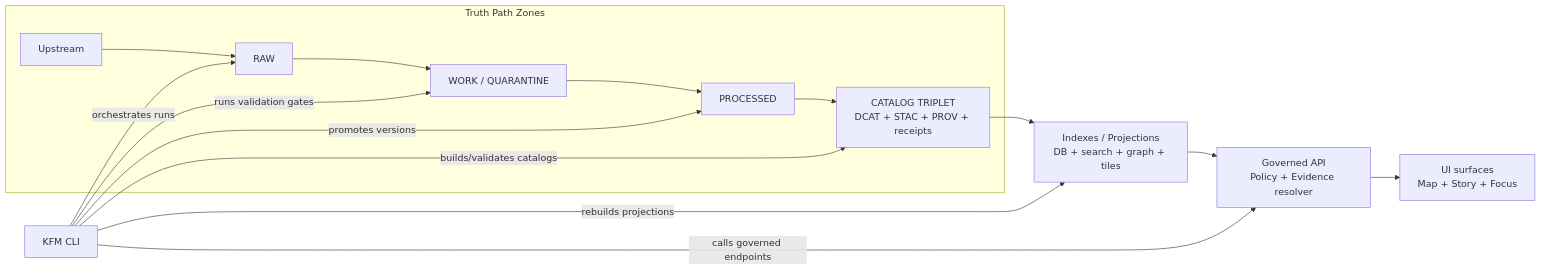
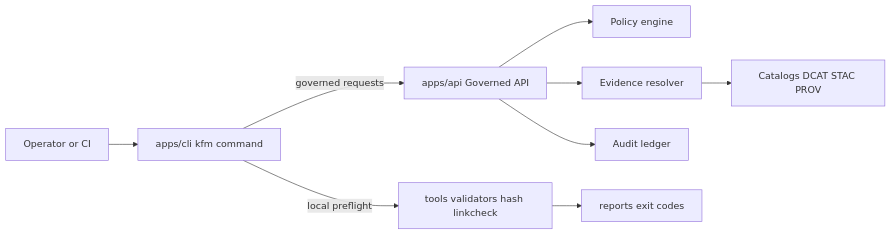
Before and after one commit to bartytime4life/Kansas-Frontier-Matrix: the first of 2 diagrams in apps/cli/README.md, drawn with Mermaid. The commit also changed other lines of this file, not shown here.

First line of the commit message:
Revise README for KFM CLI with detailed documentation

````diff
--- a/apps/cli/README.md
+++ b/apps/cli/README.md
@@ -83,20 +178,11 @@
 ```mermaid
 flowchart LR
-  subgraph TruthPath[Truth Path Zones]
-    U[Upstream] --> R[RAW]
-    R --> W[WORK / QUARANTINE]
-    W --> P[PROCESSED]
-    P --> C[CATALOG TRIPLET<br/>DCAT + STAC + PROV + receipts]
-  end
-
-  C --> X[Indexes / Projections<br/>DB + search + graph + tiles]
-  X --> A[Governed API<br/>Policy + Evidence resolver]
-  A --> UI[UI surfaces<br/>Map + Story + Focus]
-
-  CLI[KFM CLI] -->|orchestrates runs| R
-  CLI -->|runs validation gates| W
-  CLI -->|promotes versions| P
-  CLI -->|builds/validates catalogs| C
-  CLI -->|rebuilds projections| X
-  CLI -->|calls governed endpoints| A
+  U[Operator or CI] --> C[apps/cli kfm command]
+  C -->|governed requests| API[apps/api Governed API]
+  API --> POL[Policy engine]
+  API --> EV[Evidence resolver]
+  API --> AUD[Audit ledger]
+  EV --> CAT[Catalogs DCAT STAC PROV]
+  C -->|local preflight| TOOLS[tools validators hash linkcheck]
+  TOOLS --> RPT[reports exit codes]
 ```
````
